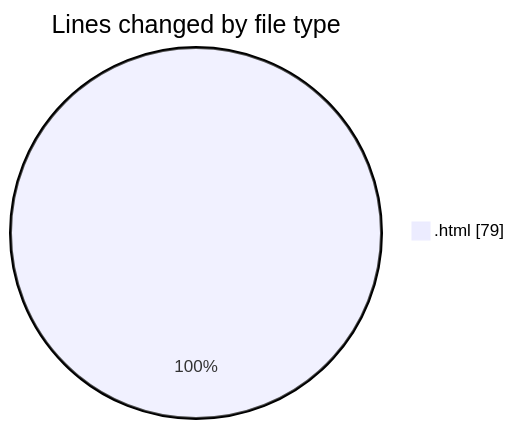
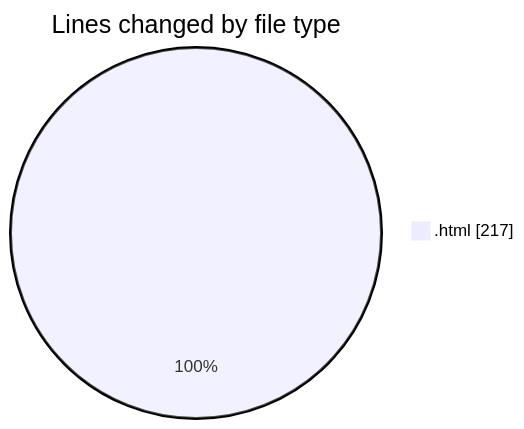
The first of 2 diagrams in 2025-04-30/enre_-_calculadora_de_consumo_v_2022_files/README.md (LanceThiago/code-tracking), drawn with Mermaid before and after one commit. The commit also changed other lines of this file and 1 other file, not shown here.

````diff
--- a/2025-04-30/enre_-_calculadora_de_consumo_v_2022_files/README.md
+++ b/2025-04-30/enre_-_calculadora_de_consumo_v_2022_files/README.md
@@ -20,5 +20,5 @@
 ```mermaid
 pie showData
 title Lines changed by file type
-".html" : 79
+".html" : 217
 ```
````
